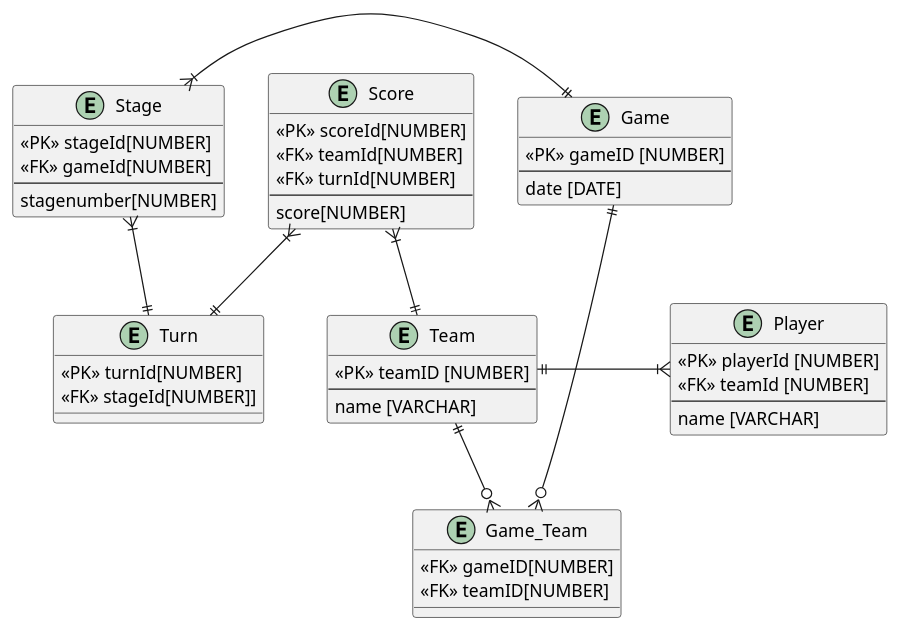
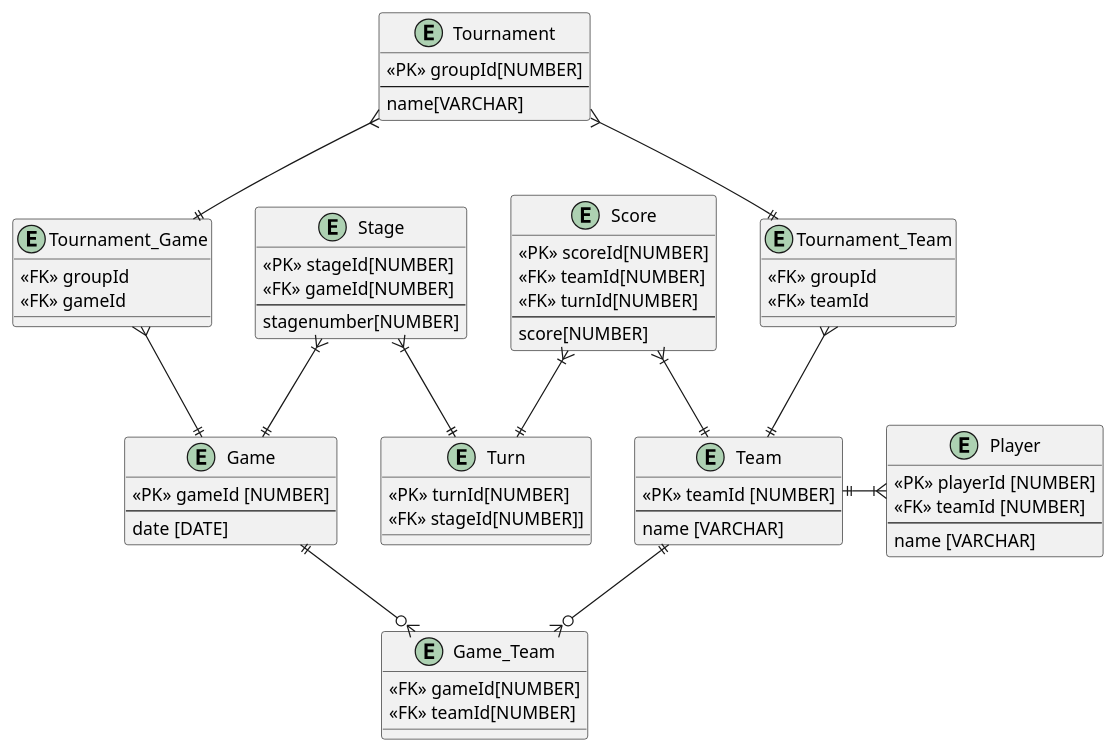
One commit to 2425-4bhitm-itp/eispunkt changed the diagram in EispunktERD.puml. Above: the diagram before and after it, drawn with PlantUML.

Commit message:
doc: added tournaments to erd

```diff
--- a/EispunktERD.puml
+++ b/EispunktERD.puml
@@ -1,53 +1,73 @@
 @startuml
     entity Game{
-        <<PK>> gameID [NUMBER]
+        <<PK>> gameId [NUMBER]
         --
         date [DATE]
     }
 
     entity Game_Team{
-        <<FK>> gameID[NUMBER]
-        <<FK>> teamID[NUMBER]
+        <<FK>> gameId[NUMBER]
+        <<FK>> teamId[NUMBER]
     }
 
     entity Team{
-        <<PK>> teamID [NUMBER]
+        <<PK>> teamId [NUMBER]
         --
         name [VARCHAR]
     }
 
     entity Player{
         <<PK>> playerId [NUMBER]
         <<FK>> teamId [NUMBER]
         --
         name [VARCHAR]
     }
 
     entity Stage{
         <<PK>> stageId[NUMBER]
         <<FK>> gameId[NUMBER]
         --
         stagenumber[NUMBER]
     }
 
     entity Turn {
         <<PK>> turnId[NUMBER]
         <<FK>> stageId[NUMBER]]
     }
 
     entity Score{
         <<PK>> scoreId[NUMBER]
         <<FK>> teamId[NUMBER]
         <<FK>> turnId[NUMBER]
         --
         score[NUMBER]
     }
 
+    entity Tournament {
+        <<PK>> groupId[NUMBER]
+        --
+        name[VARCHAR]
+    }
+
+    entity Tournament_Game {
+        <<FK>> groupId
+        <<FK>> gameId
+    }
+
+    entity Tournament_Team {
+        <<FK>> groupId
+        <<FK>> teamId
+    }
+
     Team||--o{Game_Team
     Game||--o{Game_Team
     Stage}|-||Game
     Team||-|{Player
     Score}|--||Team
     Score}|--||Turn
     Stage}|--||Turn
+    Tournament}--||Tournament_Team
+    Tournament}--||Tournament_Game
+    Tournament_Team}--||Team
+    Tournament_Game}--||Game
 @enduml
```
